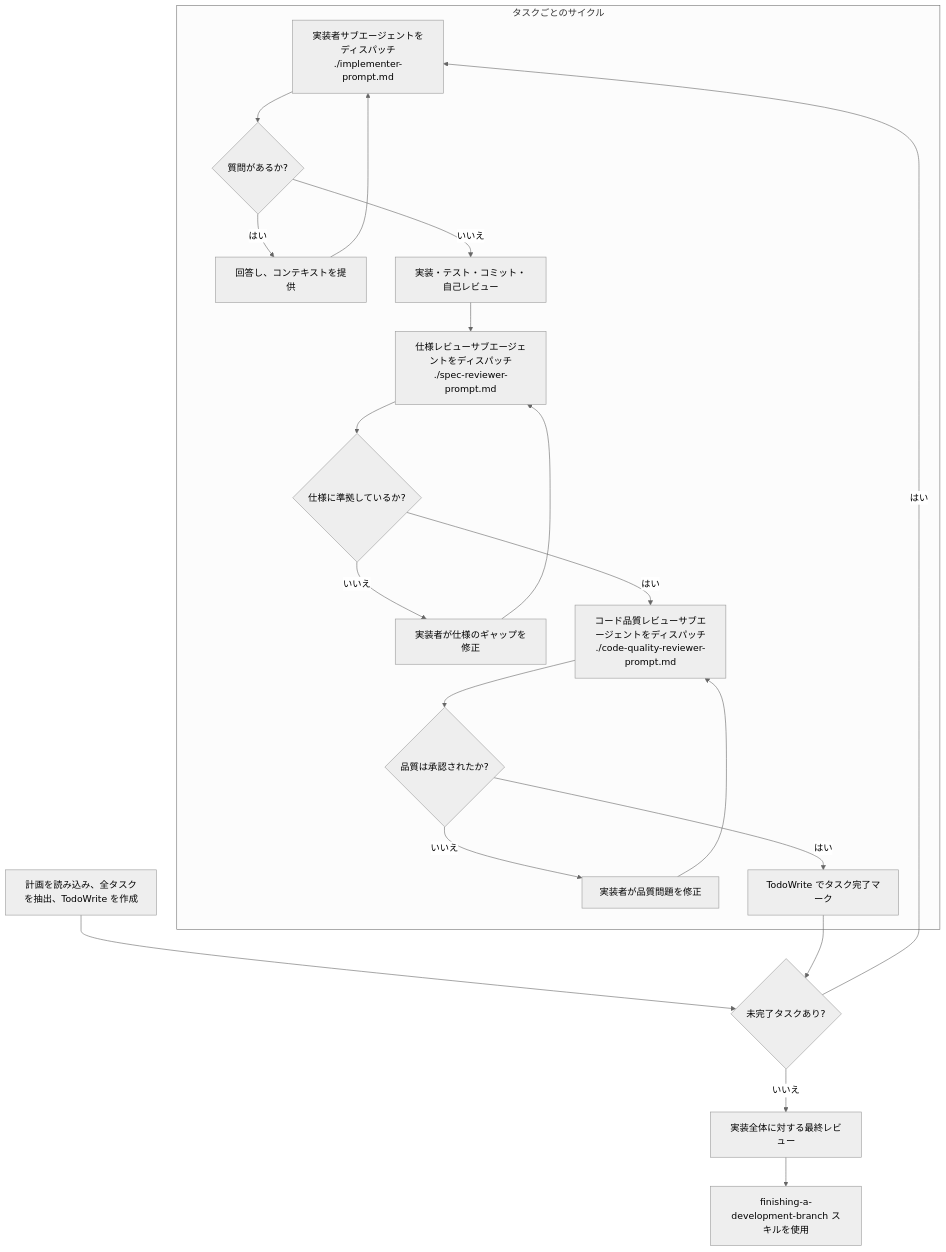
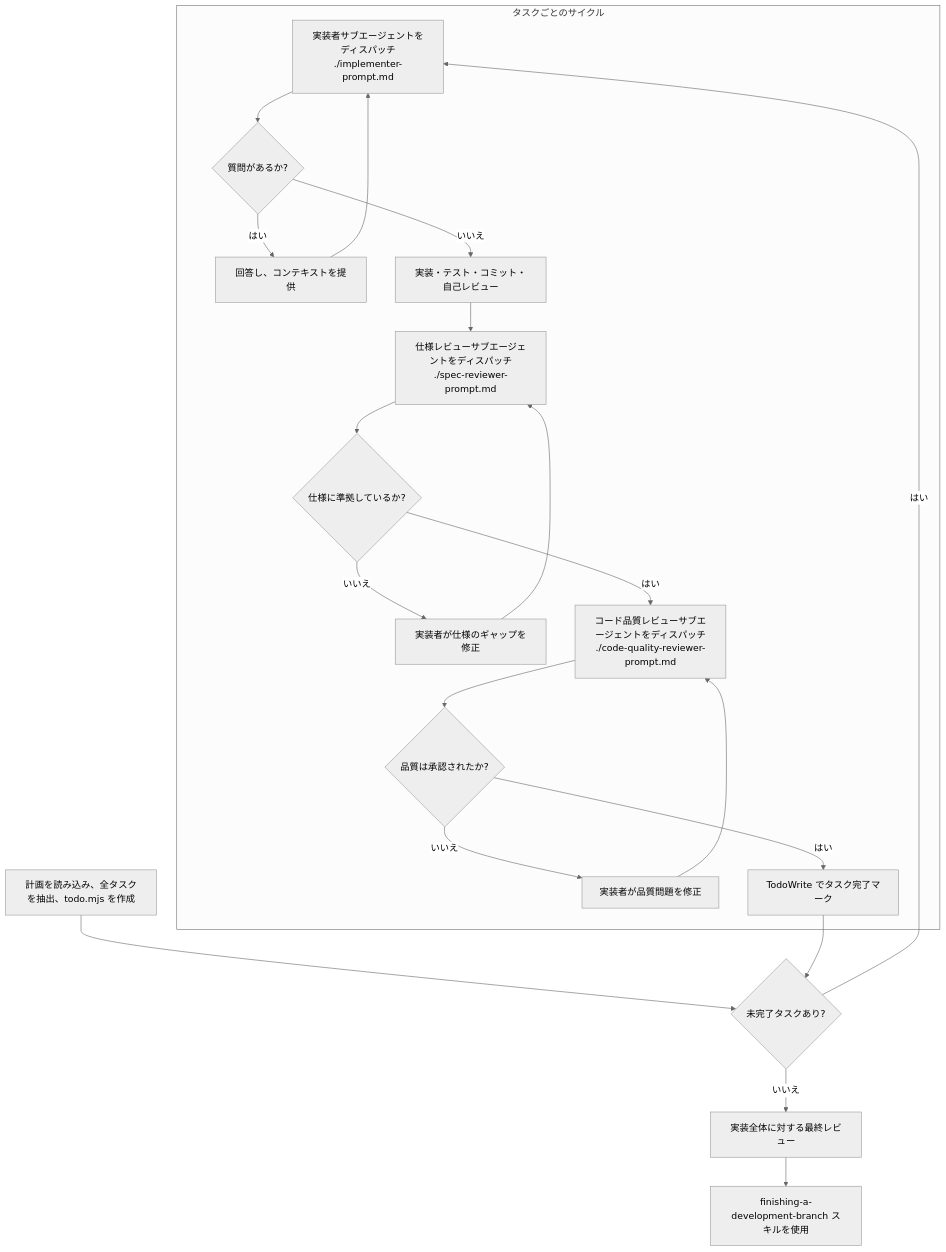
Before and after one commit to oki2a24/superpowerssuperpowers: the second of 2 diagrams in skills/subagent-driven-development/SKILL.md, drawn with Mermaid (neutral theme). The commit also changed other lines of this file and 3 other files, not shown here.

````diff
--- a/skills/subagent-driven-development/SKILL.md
+++ b/skills/subagent-driven-development/SKILL.md
@@ -34,24 +34,24 @@
 ```mermaid
 graph TD
     subgraph per_task [タスクごとのサイクル]
         IMP[実装者サブエージェントをディスパッチ<br/>./implementer-prompt.md] --> Q{質問があるか?}
         Q -->|はい| ANS[回答し、コンテキストを提供]
         ANS --> IMP
         Q -->|いいえ| EXEC[実装・テスト・コミット・自己レビュー]
         EXEC --> SPEC_REV[仕様レビューサブエージェントをディスパッチ<br/>./spec-reviewer-prompt.md]
         SPEC_REV --> SPEC_OK{仕様に準拠しているか?}
         SPEC_OK -->|いいえ| FIX_SPEC[実装者が仕様のギャップを修正]
         FIX_SPEC --> SPEC_REV
         SPEC_OK -->|はい| QUAL_REV[コード品質レビューサブエージェントをディスパッチ<br/>./code-quality-reviewer-prompt.md]
         QUAL_REV --> QUAL_OK{品質は承認されたか?}
         QUAL_OK -->|いいえ| FIX_QUAL[実装者が品質問題を修正]
         FIX_QUAL --> QUAL_REV
         QUAL_OK -->|はい| DONE_TASK[TodoWrite でタスク完了マーク]
     end
 
-    START[計画を読み込み、全タスクを抽出、TodoWrite を作成] --> NEXT{未完了タスクあり?}
+    START[計画を読み込み、全タスクを抽出、todo.mjs を作成] --> NEXT{未完了タスクあり?}
     NEXT -->|はい| IMP
     DONE_TASK --> NEXT
     NEXT -->|いいえ| FINAL[実装全体に対する最終レビュー]
     FINAL --> FINISH[finishing-a-development-branch スキルを使用]
 ```
````
